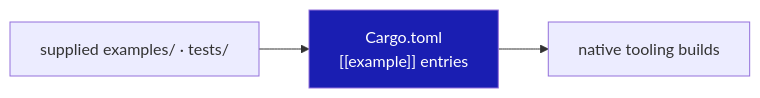
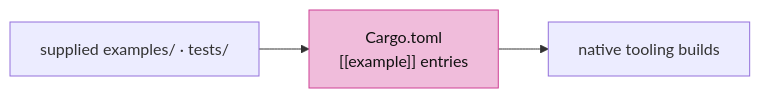
Before and after one commit to petrasvestartas/session: the second of 5 diagrams in session_viewer/docs/16-accounting.md, drawn with Mermaid. The commit also changed other lines of this file and 23 other files, not shown here.

Commit message:
Course: Mermaid nodes white with black text, highlighted nodes pink, white arrows and edge labels on the black ground

````diff
--- a/session_viewer/docs/16-accounting.md
+++ b/session_viewer/docs/16-accounting.md
@@ -23,6 +23,6 @@
 ```mermaid
 flowchart LR
     S["supplied examples/ · tests/"] --> C["Cargo.toml<br/>[[example]] entries"]
     C --> N["native tooling builds"]
-    style C fill:#1a1eb2,color:#fff
+    style C fill:#f0bcdb,stroke:#ce4095,color:#111
 ```
````
